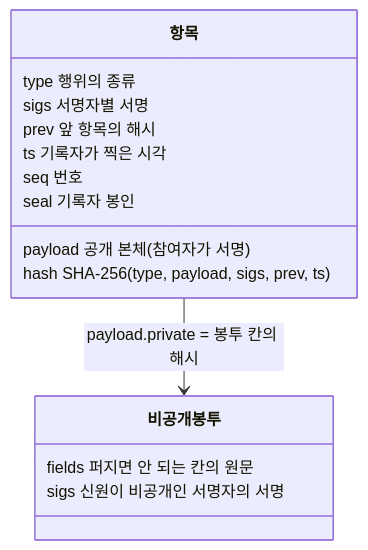
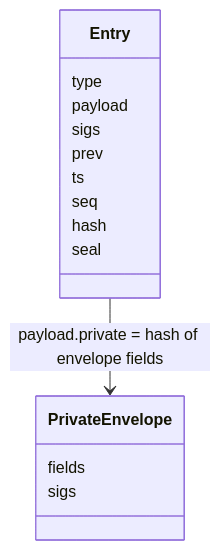
One commit to tanminkwan/share-ur-tokens changed the fifth of 31 diagrams in docs/education.md. Above: the diagram before and after it, drawn with Mermaid. The commit also changed other lines of this file and 27 other files, not shown here.

````diff
--- a/docs/education.md
+++ b/docs/education.md
@@ -121,18 +121,18 @@
 ```mermaid
 classDiagram
-    class 항목 {
-        type 행위의 종류
-        payload 공개 본체 (참여자가 서명)
-        sigs 서명자별 서명
-        prev 앞 항목의 해시
-        ts 기록자가 찍은 시각
-        seq 번호
-        hash SHA-256(type, payload, sigs, prev, ts)
-        seal 기록자 봉인
+    class Entry {
+        type
+        payload
+        sigs
+        prev
+        ts
+        seq
+        hash
+        seal
     }
-    class 비공개봉투 {
-        fields 퍼지면 안 되는 칸의 원문
-        sigs 신원이 비공개인 서명자의 서명
+    class PrivateEnvelope {
+        fields
+        sigs
     }
-    항목 --> 비공개봉투 : payload.private = 봉투 칸의 해시
+    Entry --> PrivateEnvelope : payload.private = hash of envelope fields
 ```
````
